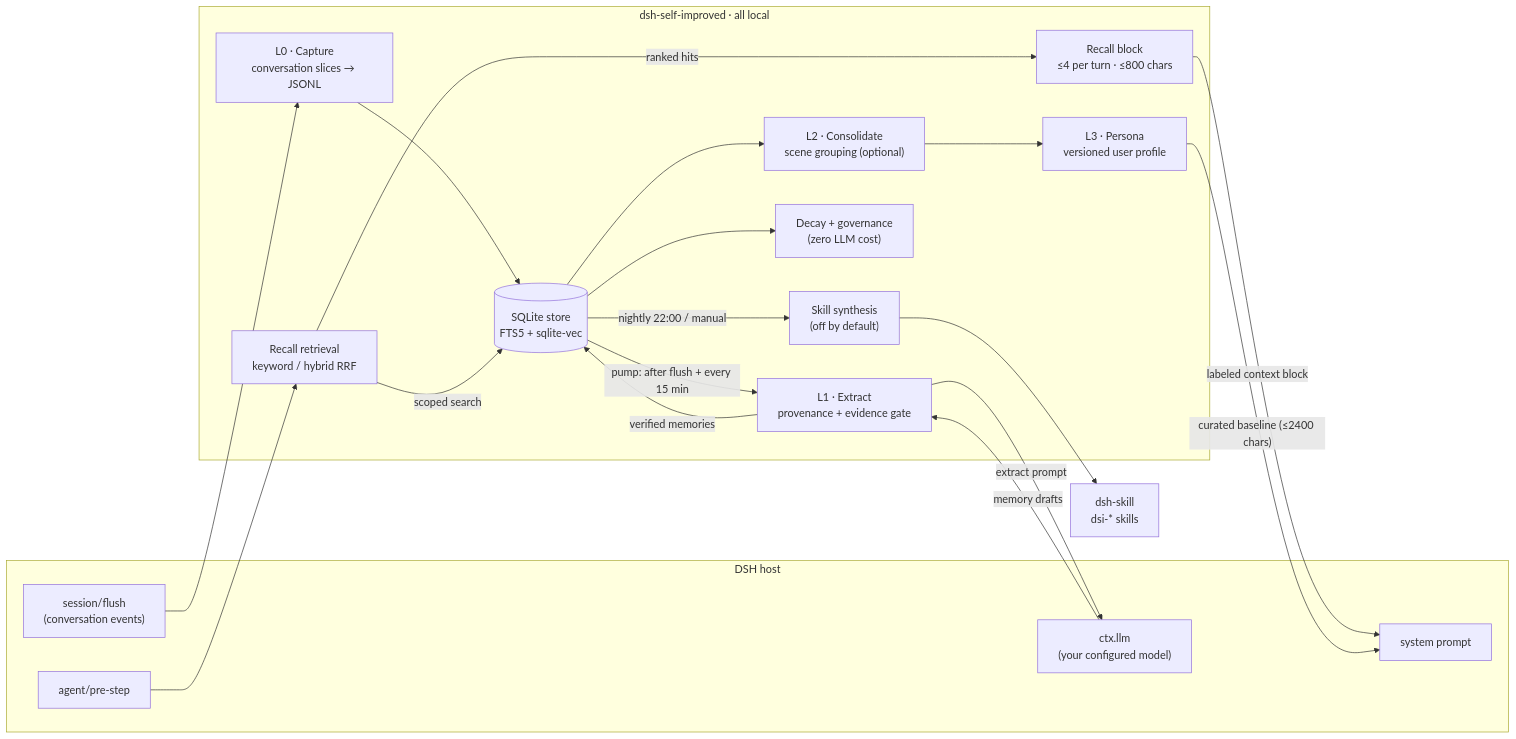
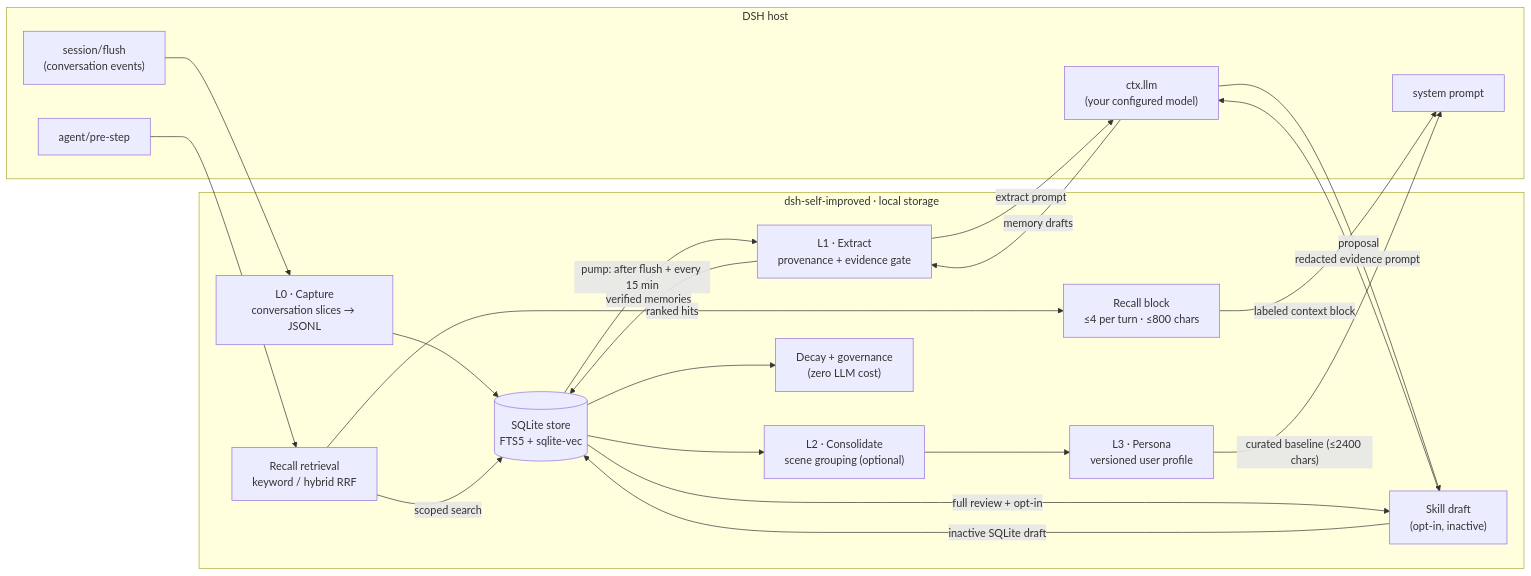
The first of 2 diagrams in README.md (asheghi/dsh-self-improved), drawn with Mermaid before and after one commit. The commit also changed other lines of this file and 63 other files, not shown here.

````diff
--- a/README.md
+++ b/README.md
@@ -35,35 +35,36 @@
 ```mermaid
 flowchart LR
     subgraph HOST["DSH host"]
         SESS["session/flush<br/>(conversation events)"]
         PRE["agent/pre-step"]
         SYS["system prompt"]
         LLM["ctx.llm<br/>(your configured model)"]
     end
 
-    subgraph P["dsh-self-improved · all local"]
+    subgraph P["dsh-self-improved · local storage"]
         CAP["L0 · Capture<br/>conversation slices → JSONL"]
         DB[("SQLite store<br/>FTS5 + sqlite-vec")]
         EXT["L1 · Extract<br/>provenance + evidence gate"]
         CONS["L2 · Consolidate<br/>scene grouping (optional)"]
         PERS["L3 · Persona<br/>versioned user profile"]
         DEC["Decay + governance<br/>(zero LLM cost)"]
         REC["Recall retrieval<br/>keyword / hybrid RRF"]
         INJ["Recall block<br/>≤4 per turn · ≤800 chars"]
-        SKILL["Skill synthesis<br/>(off by default)"]
+        SKILL["Skill draft<br/>(opt-in, inactive)"]
     end
-
-    SKILLSK["dsh-skill<br/>dsi-* skills"]
 
     SESS --> CAP --> DB
     DB -- "pump: after flush + every 15 min" --> EXT
     EXT -- "extract prompt" --> LLM
     LLM -- "memory drafts" --> EXT
     EXT -- "verified memories" --> DB
     DB --> CONS --> PERS
     DB --> DEC
-    DB -- "nightly 22:00 / manual" --> SKILL --> SKILLSK
+    DB -- "full review + opt-in" --> SKILL
+    SKILL -- "redacted evidence prompt" --> LLM
+    LLM -- "proposal" --> SKILL
+    SKILL -- "inactive SQLite draft" --> DB
     PRE --> REC -- "scoped search" --> DB
     REC -- "ranked hits" --> INJ -- "labeled context block" --> SYS
     PERS -- "curated baseline (≤2400 chars)" --> SYS
 ```
````
